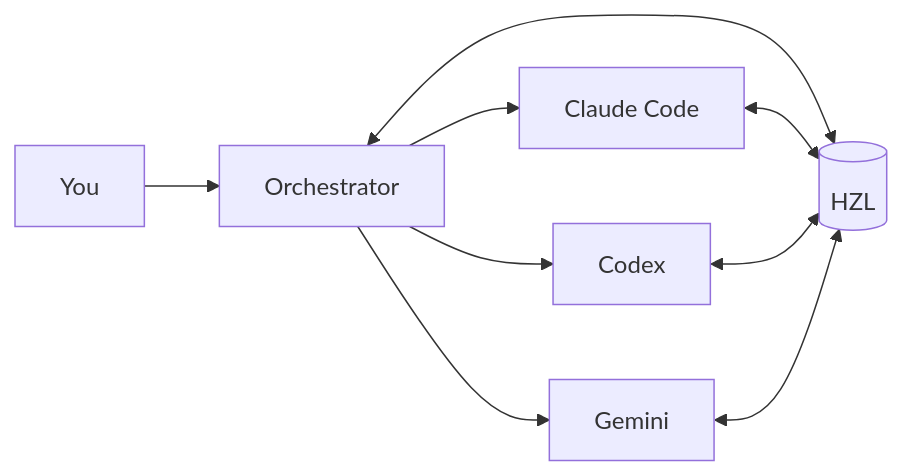
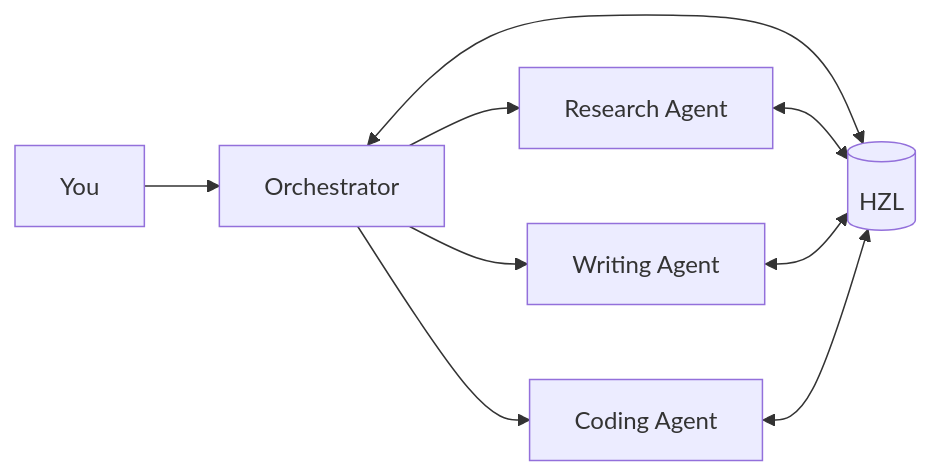
Before and after one commit to tmchow/hzl: the second of 4 diagrams in docs-site/reference/architecture.md, drawn with Mermaid. The commit also changed other lines of this file and 100 other files, not shown here.

First line of the commit message:
feat!: reorient HZL around OpenClaw with agent-first v2 CLI (#122)

````diff
--- a/docs-site/reference/architecture.md
+++ b/docs-site/reference/architecture.md
@@ -212,11 +211,11 @@
 ```mermaid
 flowchart LR
   U[You] --> O["Orchestrator"]
   O <--> HZL[(HZL)]
-  O --> C[Claude Code]
-  O --> X[Codex]
-  O --> G[Gemini]
-  C <--> HZL
-  X <--> HZL
-  G <--> HZL
+  O --> A1[Research Agent]
+  O --> A2[Writing Agent]
+  O --> A3[Coding Agent]
+  A1 <--> HZL
+  A2 <--> HZL
+  A3 <--> HZL
 ```
````
